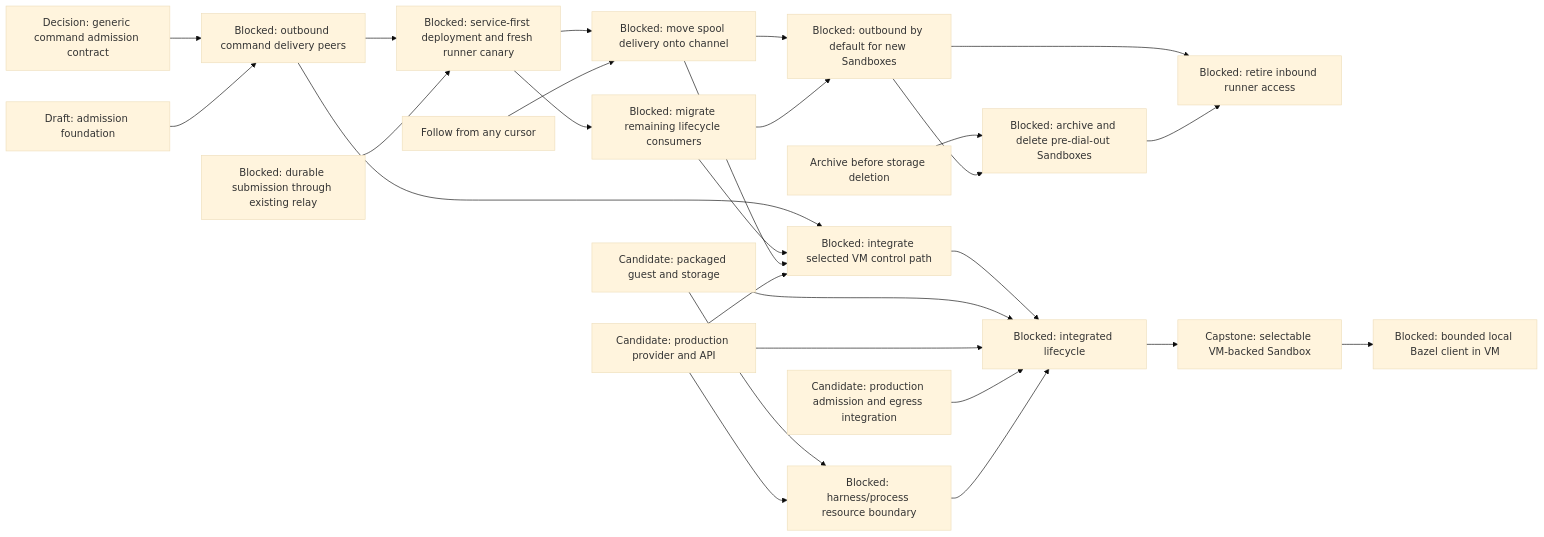
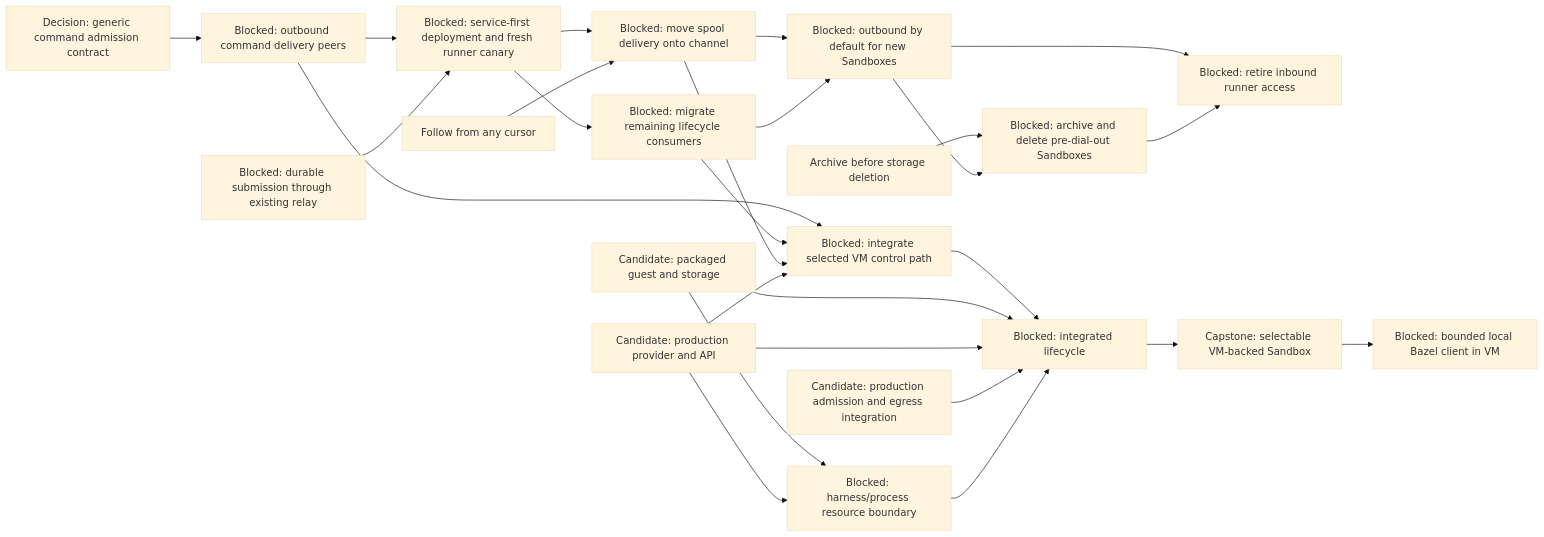
One commit to agentydragon/ducktape changed the sixth of 9 diagrams in agentplane/plans/task_dag.md. Above: the diagram before and after it, drawn with Mermaid (base theme). The commit also changed other lines of this file and 17 other files, not shown here.

First line of the commit message:
agentplane: durable command admission store on sandbox_commands

````diff
--- a/agentplane/plans/task_dag.md
+++ b/agentplane/plans/task_dag.md
@@ -423,41 +404,40 @@
 ```mermaid
 flowchart LR
     RUNNER_OUTBOUND_CHANNEL[Blocked: outbound command delivery peers]
     RUNNER_OUTBOUND_CANARY[Blocked: service-first deployment and fresh runner canary]
     SESSION_COMMAND_SUBMISSION[Blocked: durable submission through existing relay]
     RUNNER_OUTBOUND_SPOOL[Blocked: move spool delivery onto channel]
     RUNNER_OUTBOUND_LIFECYCLE[Blocked: migrate remaining lifecycle consumers]
     RUNNER_OUTBOUND_ROLLOUT[Blocked: outbound by default for new Sandboxes]
     VM_CONTROL_NETWORKING[Blocked: integrate selected VM control path]
     VM_IMAGE[Candidate: packaged guest and storage]
     VM_PROVIDER[Candidate: production provider and API]
     VM_EGRESS[Candidate: production admission and egress integration]
     VM_PROCESS_ISOLATION[Blocked: harness/process resource boundary]
     VM_LIFECYCLE[Blocked: integrated lifecycle]
     SESSION_COMMAND_CONTRACT[Decision: generic command admission contract] --> RUNNER_OUTBOUND_CHANNEL
-    SESSION_COMMAND_CORE[Draft: admission foundation] --> RUNNER_OUTBOUND_CHANNEL
     RUNNER_OUTBOUND_CHANNEL --> VM_CONTROL_NETWORKING
     RUNNER_OUTBOUND_LIFECYCLE --> VM_CONTROL_NETWORKING
     RUNNER_OUTBOUND_SPOOL --> VM_CONTROL_NETWORKING
     RUNNER_OUTBOUND_CHANNEL --> RUNNER_OUTBOUND_CANARY
     SESSION_COMMAND_SUBMISSION --> RUNNER_OUTBOUND_CANARY
     RUNNER_OUTBOUND_CANARY --> RUNNER_OUTBOUND_SPOOL
     RUNNER_OUTBOUND_CANARY --> RUNNER_OUTBOUND_LIFECYCLE
     RUNNER_OUTBOUND_SPOOL --> RUNNER_OUTBOUND_ROLLOUT
     RUNNER_OUTBOUND_LIFECYCLE --> RUNNER_OUTBOUND_ROLLOUT
     RUNNER_OUTBOUND_ROLLOUT --> RUNNER_INBOUND_RETIRE[Blocked: retire inbound runner access]
     SANDBOX_LIFECYCLE_DURABILITY[Archive before storage deletion] --> LEGACY_SANDBOX_RETIRE[Blocked: archive and delete pre-dial-out Sandboxes]
     RUNNER_OUTBOUND_ROLLOUT --> LEGACY_SANDBOX_RETIRE
     LEGACY_SANDBOX_RETIRE --> RUNNER_INBOUND_RETIRE
     FOLLOW_REPLAY[Follow from any cursor] --> RUNNER_OUTBOUND_SPOOL
     VM_PROVIDER --> VM_CONTROL_NETWORKING
     VM_CONTROL_NETWORKING --> VM_LIFECYCLE
     VM_IMAGE --> VM_PROCESS_ISOLATION
     VM_PROVIDER --> VM_PROCESS_ISOLATION
     VM_IMAGE --> VM_LIFECYCLE
     VM_PROVIDER --> VM_LIFECYCLE
     VM_EGRESS --> VM_LIFECYCLE
     VM_PROCESS_ISOLATION --> VM_LIFECYCLE
     VM_LIFECYCLE --> SANDBOX_VM_ISOLATION[Capstone: selectable VM-backed Sandbox]
     SANDBOX_VM_ISOLATION --> LOCAL_BAZEL[Blocked: bounded local Bazel client in VM]
 ```
````
